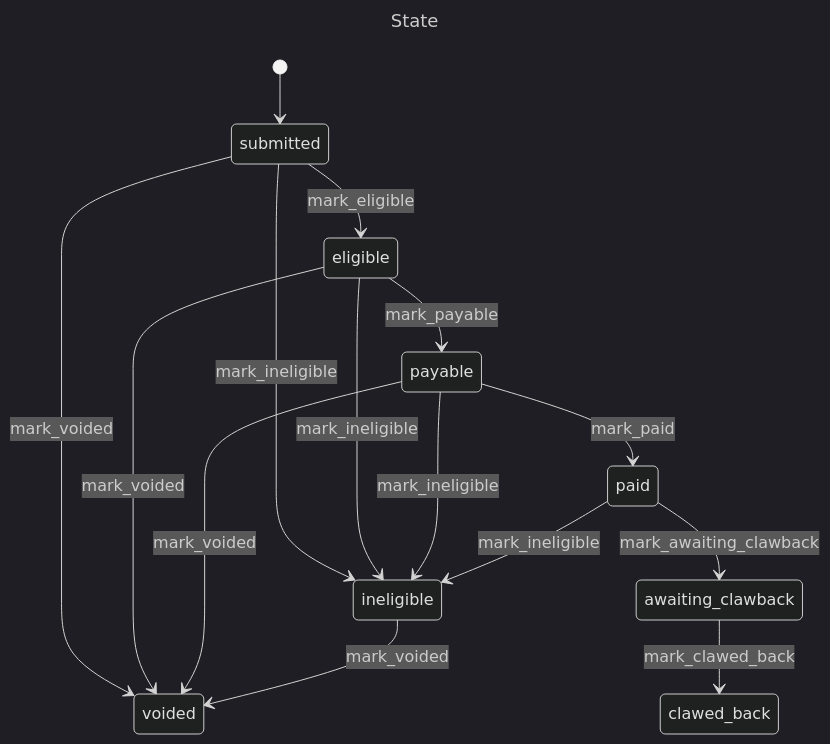
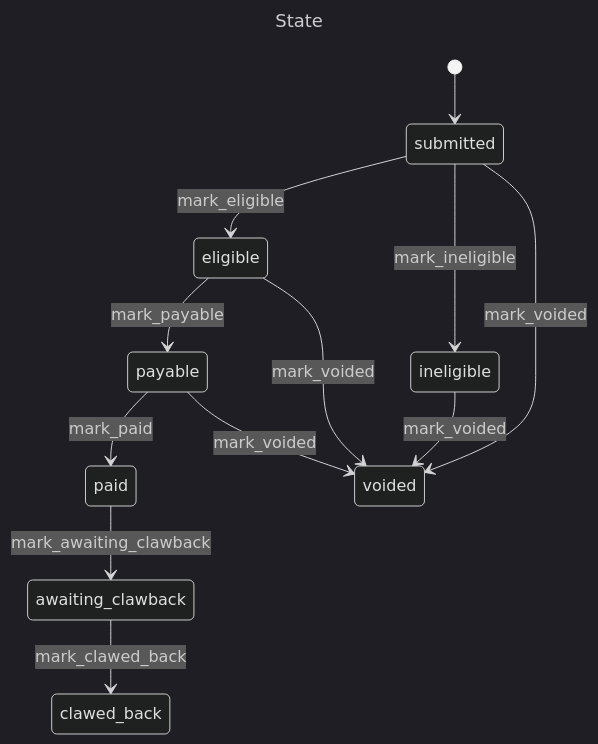
One commit to DFE-Digital/npq-registration changed the third of 3 diagrams in docs/state_machines.md. Above: the diagram before and after it, drawn with Mermaid (dark theme). The commit also changed 2 other files, not shown here.

Commit message:
Only allow submitted -> ineligible transition
We only allow submitted -> ineligible transitions in ECF, not from billable
states.

````diff
--- a/docs/state_machines.md
+++ b/docs/state_machines.md
@@ -42,29 +42,26 @@
 ```mermaid
 ---
 title: State
 ---
 stateDiagram-v2
     submitted
     eligible
     payable
     paid
     voided
     ineligible
     awaiting_clawback
     clawed_back
 
     [*] --> submitted
     submitted --> eligible: mark_eligible
     eligible --> payable: mark_payable
     payable --> paid: mark_paid
     submitted --> ineligible: mark_ineligible
-    eligible --> ineligible: mark_ineligible
-    payable --> ineligible: mark_ineligible
-    paid --> ineligible: mark_ineligible
     paid --> awaiting_clawback: mark_awaiting_clawback
     awaiting_clawback --> clawed_back: mark_clawed_back
     submitted --> voided: mark_voided
     eligible --> voided: mark_voided
     payable --> voided: mark_voided
     ineligible --> voided: mark_voided
 ```
````
